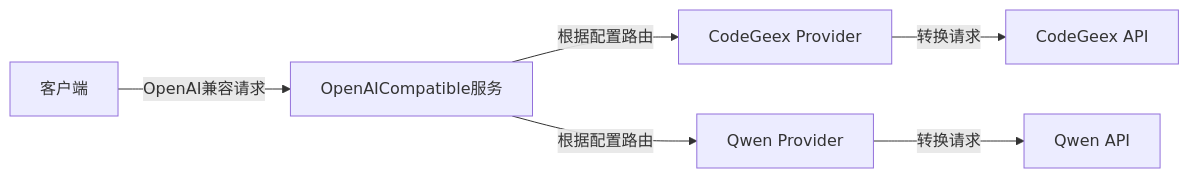
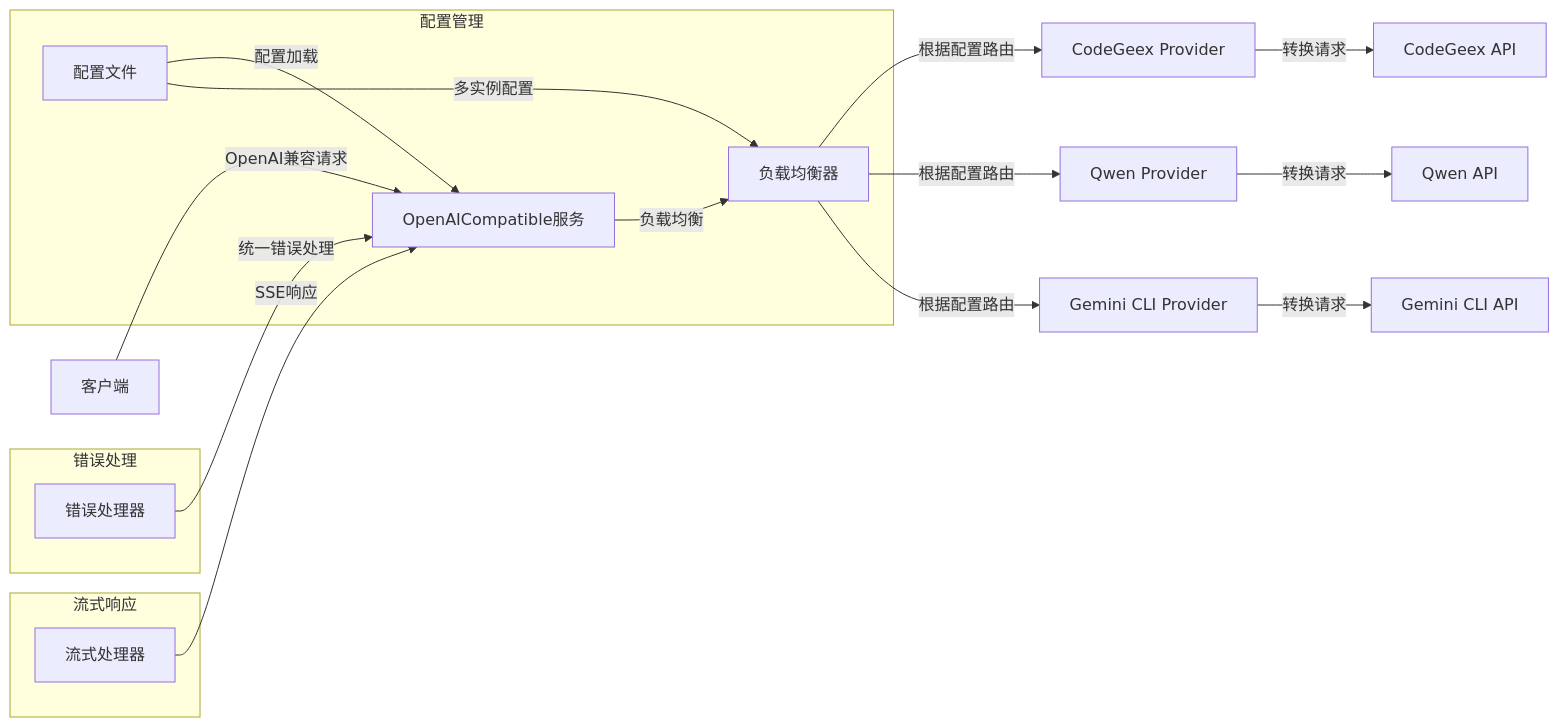
One commit to WenChunTech/OpenAICompatible changed the diagram in README.md. Above: the diagram before and after it, drawn with Mermaid. The commit also changed other lines of this file and 11 other files, not shown here.

````diff
--- a/README.md
+++ b/README.md
@@ -15,8 +19,24 @@
 ```mermaid
 graph LR
     Client[客户端] --> |OpenAI兼容请求| Server[OpenAICompatible服务]
-    Server --> |根据配置路由| Provider1[CodeGeex Provider]
-    Server --> |根据配置路由| Provider2[Qwen Provider]
+    Server --> |负载均衡| LoadBalancer[负载均衡器]
+    LoadBalancer --> |根据配置路由| Provider1[CodeGeex Provider]
+    LoadBalancer --> |根据配置路由| Provider2[Qwen Provider]
+    LoadBalancer --> |根据配置路由| Provider3[Gemini CLI Provider]
     Provider1 --> |转换请求| CodeGeex[CodeGeex API]
     Provider2 --> |转换请求| Qwen[Qwen API]
+    Provider3 --> |转换请求| Gemini[Gemini CLI API]
+
+    subgraph 配置管理
+        Config[配置文件] --> |配置加载| Server
+        Config --> |多实例配置| LoadBalancer
+    end
+
+    subgraph 错误处理
+        ErrorHandler[错误处理器] --> |统一错误处理| Server
+    end
+
+    subgraph 流式响应
+        StreamHandler[流式处理器] --> |SSE响应| Server
+    end
 ```
````
